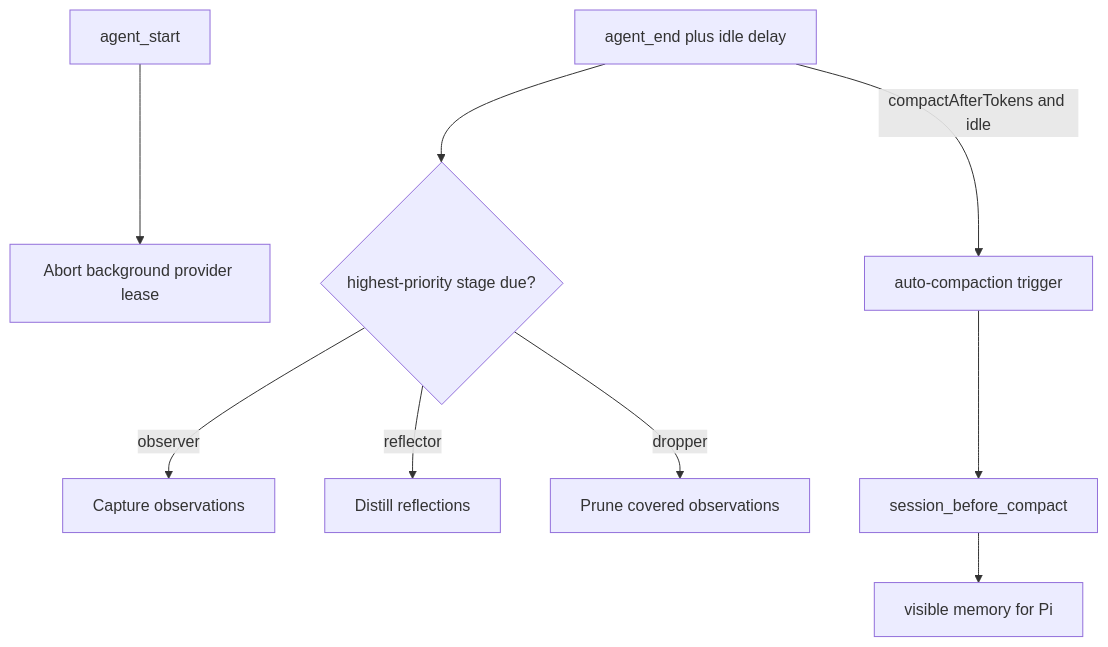
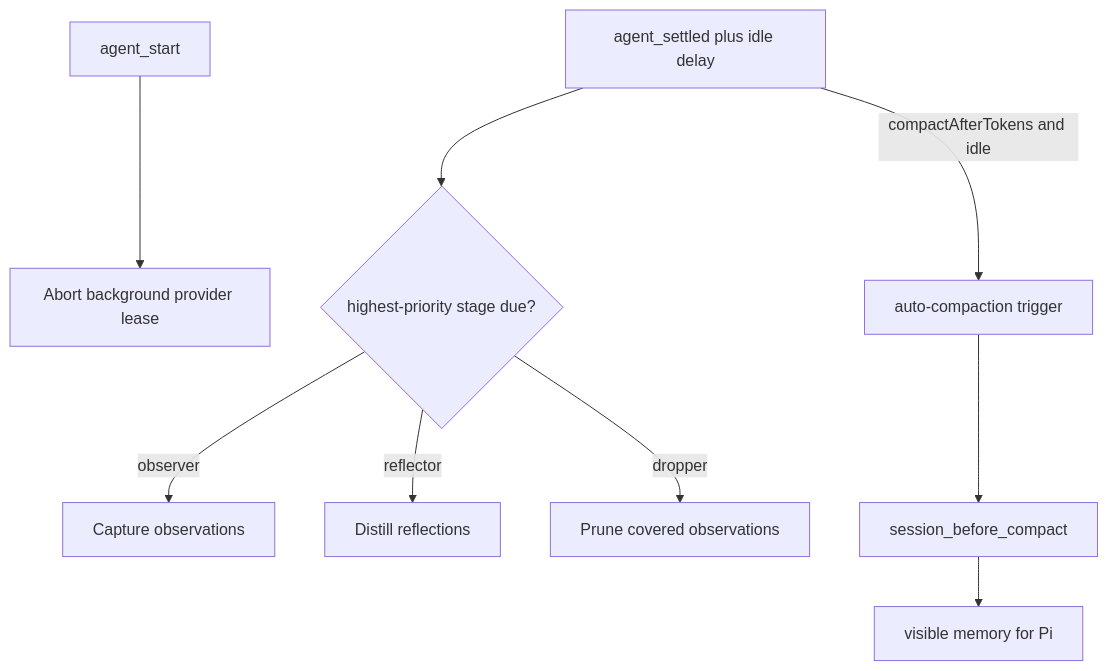
Before and after one commit to Heath-Jian/pi-observational-memory: the diagram in README.md, drawn with Mermaid. The commit also changed other lines of this file and 21 other files, not shown here.

````diff
--- a/README.md
+++ b/README.md
@@ -416,20 +421,20 @@
 ```mermaid
 flowchart TD
     AgentStart[agent_start]
     Foreground[Abort background provider lease]
-    AgentEnd[agent_end plus idle delay]
+    AgentSettled[agent_settled plus idle delay]
     Due{highest-priority stage due?}
     Observe[Capture observations]
     Reflect[Distill reflections]
     Drop[Prune covered observations]
     Trigger[auto-compaction trigger]
     Compact[session_before_compact]
     Summary[visible memory for Pi]
 
     AgentStart --> Foreground
-    AgentEnd --> Due
+    AgentSettled --> Due
     Due -->|observer| Observe
     Due -->|reflector| Reflect
     Due -->|dropper| Drop
-    AgentEnd -->|compactAfterTokens and idle| Trigger --> Compact --> Summary
+    AgentSettled -->|compactAfterTokens and idle| Trigger --> Compact --> Summary
 ```
````
